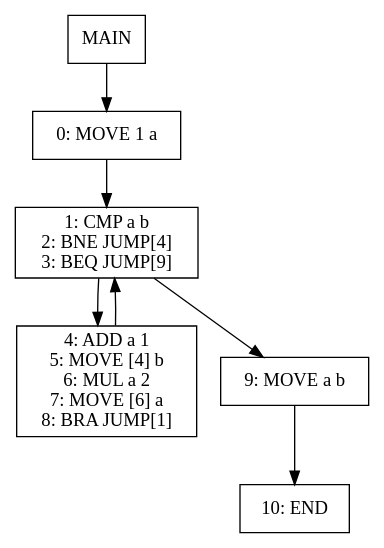
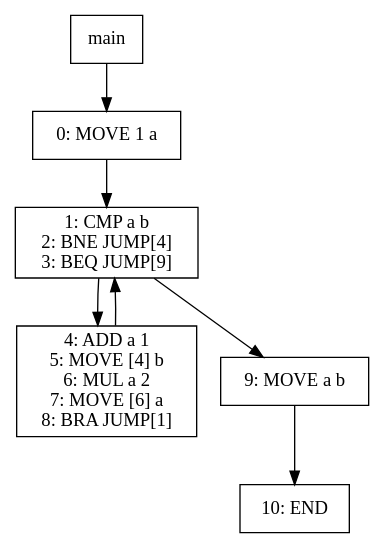
One commit to jiahanwang/PL241-Compiler changed the diagram in viz/test014.dot. Above: the diagram before and after it, drawn with Graphviz. The commit also changed 75 other files, not shown here.

```diff
--- a/viz/test014.dot
+++ b/viz/test014.dot
@@ -1,26 +1,26 @@
 digraph test014 {
 node [shape=box]
-1[label="MAIN"]
-1 -> 3
-3[label="0: MOVE 1 a 
+256[label="main"]
+256 -> 258
+258[label="0: MOVE 1 a 
 "]
-3 -> 4
-4[label="1: CMP a b 
+258 -> 259
+259[label="1: CMP a b 
 2: BNE JUMP[4] 
 3: BEQ JUMP[9] 
 "]
-4 -> 6
-6[label="4: ADD a 1 
+259 -> 261
+261[label="4: ADD a 1 
 5: MOVE [4] b 
 6: MUL a 2 
 7: MOVE [6] a 
 8: BRA JUMP[1] 
 "]
-6 -> 4
-4 -> 5
-5[label="9: MOVE a b 
+261 -> 259
+259 -> 260
+260[label="9: MOVE a b 
 "]
-5 -> 9
-9[label="10: END 
+260 -> 264
+264[label="10: END 
 "]
 }
```
